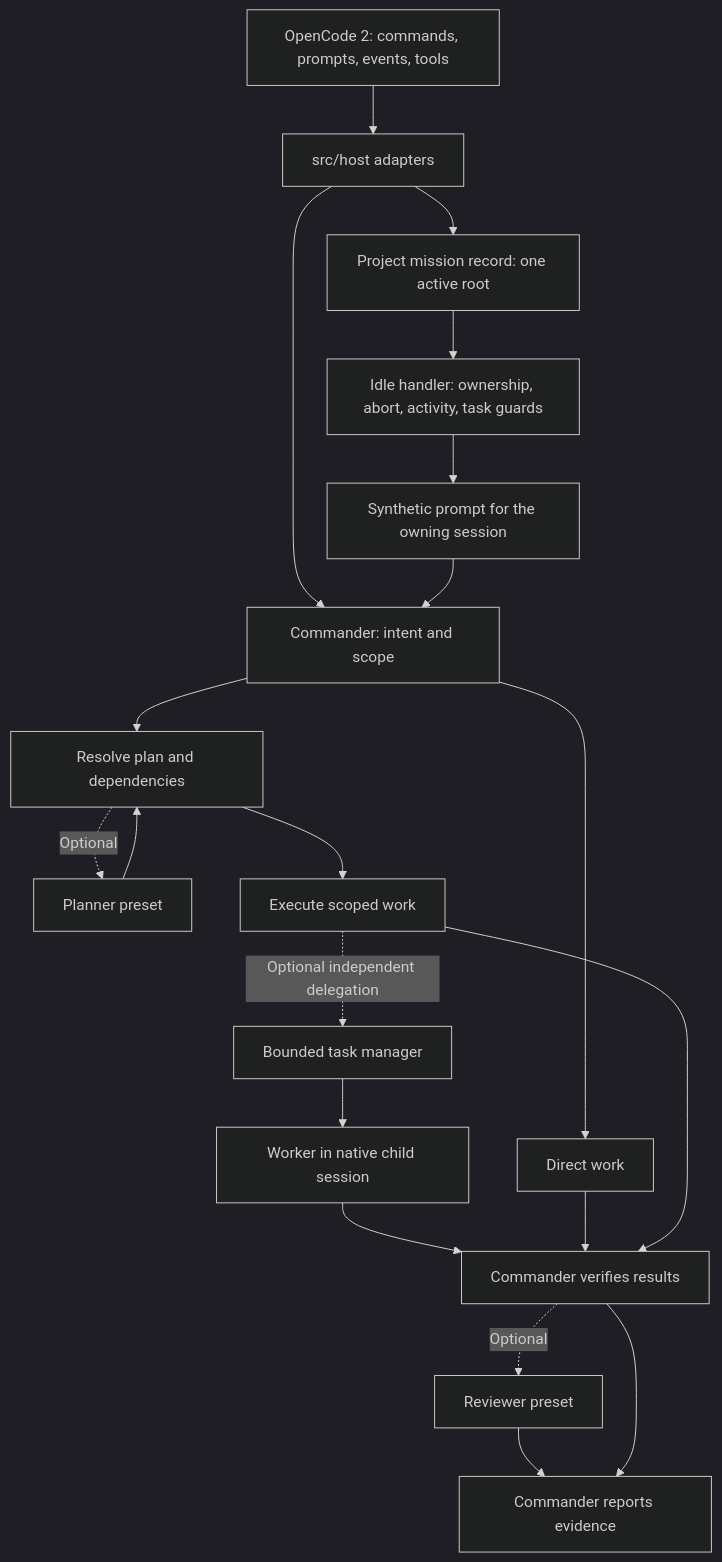
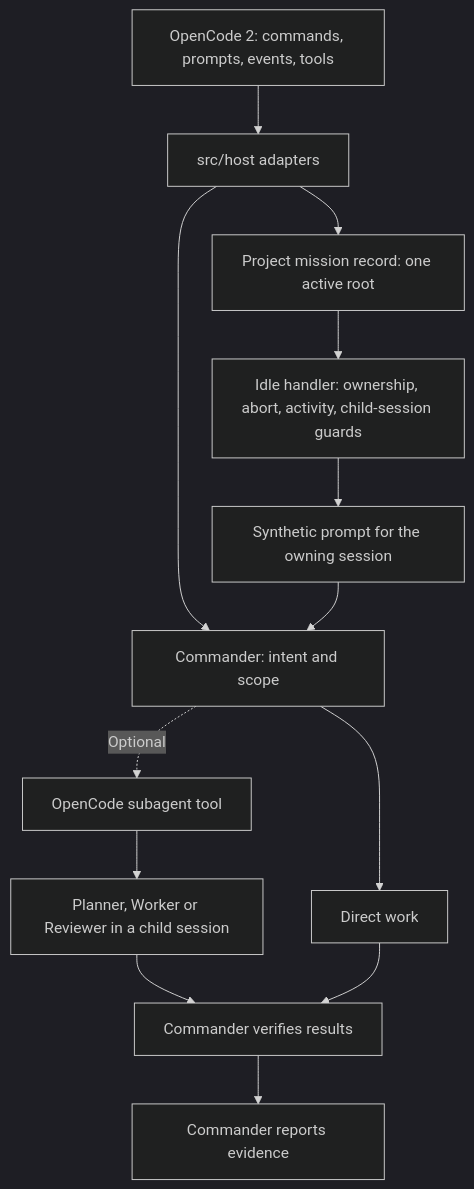
The diagram in docs/SYSTEM_ARCHITECTURE.md (agnusdei1207/opencode-orchestrator), drawn with Mermaid (dark theme) before and after one commit. The commit also changed other lines of this file and 184 other files, not shown here.

First line of the commit message:
refactor: hand execution to OpenCode's native tools

````diff
--- a/docs/SYSTEM_ARCHITECTURE.md
+++ b/docs/SYSTEM_ARCHITECTURE.md
@@ -48,22 +46,15 @@
 ```mermaid
 flowchart TD
     H[OpenCode 2: commands, prompts, events, tools] --> I[src/host adapters]
     I --> C[Commander: intent and scope]
     C --> D[Direct work]
-    C --> P[Resolve plan and dependencies]
-    P -. Optional .-> PL[Planner preset]
-    PL --> P
-    P --> E[Execute scoped work]
-    E -. Optional independent delegation .-> T[Bounded task manager]
-    T --> W[Worker in native child session]
+    C -. Optional .-> S[OpenCode subagent tool]
+    S --> W[Planner, Worker or Reviewer in a child session]
     W --> V[Commander verifies results]
     D --> V
-    E --> V
-    V -. Optional .-> R[Reviewer preset]
-    R --> F[Commander reports evidence]
-    V --> F
+    V --> F[Commander reports evidence]
     I --> M[Project mission record: one active root]
-    M --> G[Idle handler: ownership, abort, activity, task guards]
+    M --> G[Idle handler: ownership, abort, activity, child-session guards]
     G --> N[Synthetic prompt for the owning session]
     N --> C
 ```
````
